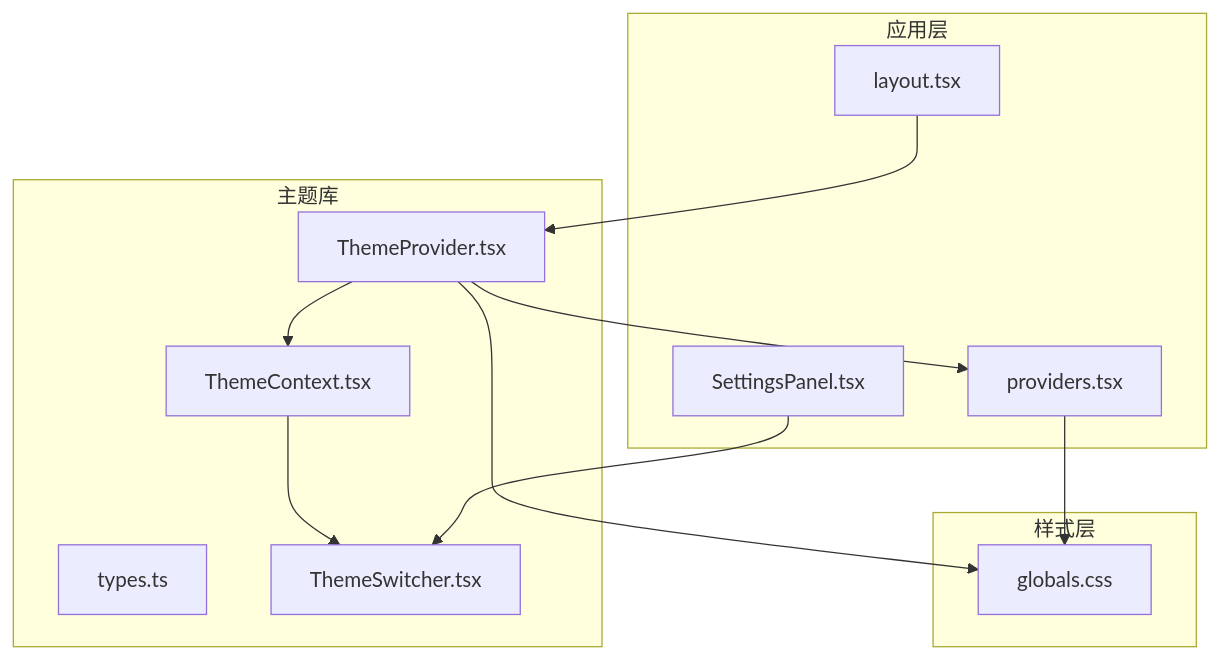
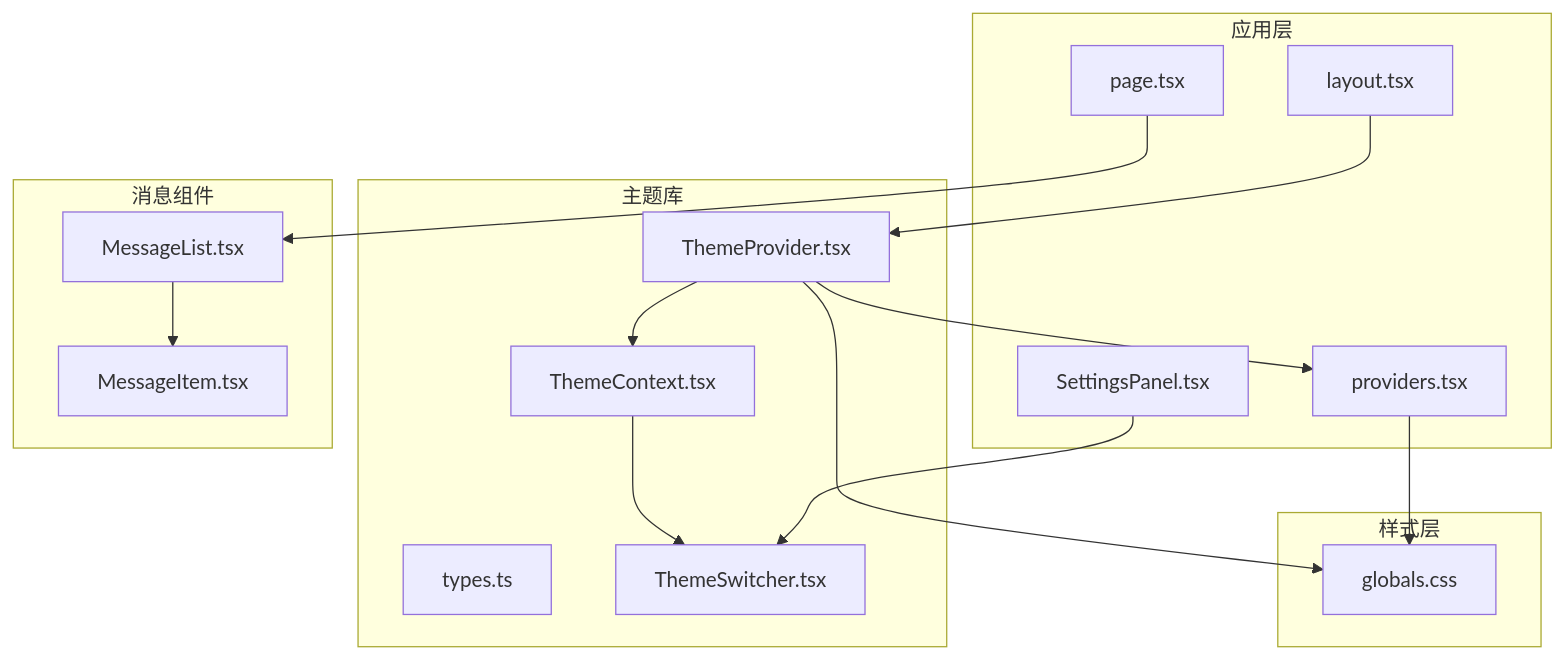
One commit to CryptoLinxu/Web3-AI-Agent changed the first of 18 diagrams in .qoder/repowiki/zh/content/项目概述/整体架构概览/Web应用程序/主题系统实现.md. Above: the diagram before and after it, drawn with Mermaid. The commit also changed other lines of this file and 3 other files, not shown here.

````diff
--- a/.qoder/repowiki/zh/content/项目概述/整体架构概览/Web应用程序/主题系统实现.md
+++ b/.qoder/repowiki/zh/content/项目概述/整体架构概览/Web应用程序/主题系统实现.md
@@ -56,24 +69,31 @@
 ```mermaid
 graph TB
 subgraph "应用层"
 Layout[layout.tsx]
 Providers[providers.tsx]
 SettingsPanel[SettingsPanel.tsx]
+Page[page.tsx]
 end
 subgraph "主题库"
 ThemeProvider[ThemeProvider.tsx]
 ThemeContext[ThemeContext.tsx]
 Types[types.ts]
 ThemeSwitcher[ThemeSwitcher.tsx]
 end
 subgraph "样式层"
 Globals[globals.css]
 end
+subgraph "消息组件"
+MessageList[MessageList.tsx]
+MessageItem[MessageItem.tsx]
+end
 Layout --> ThemeProvider
 ThemeProvider --> ThemeContext
 ThemeContext --> ThemeSwitcher
 ThemeProvider --> Providers
 Providers --> Globals
 ThemeProvider --> Globals
 SettingsPanel --> ThemeSwitcher
+Page --> MessageList
+MessageList --> MessageItem
 ```
````
